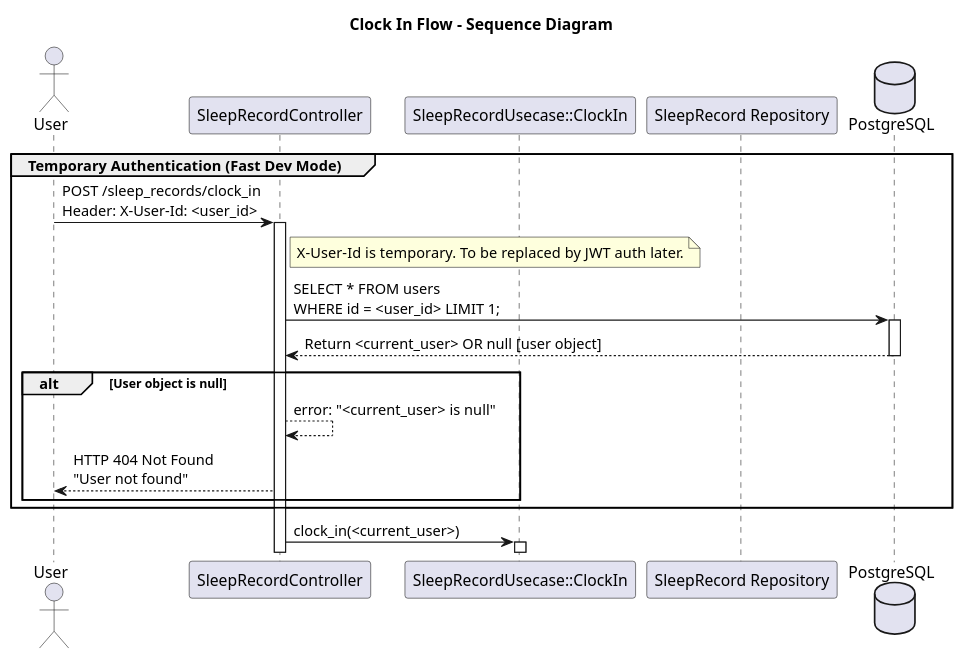
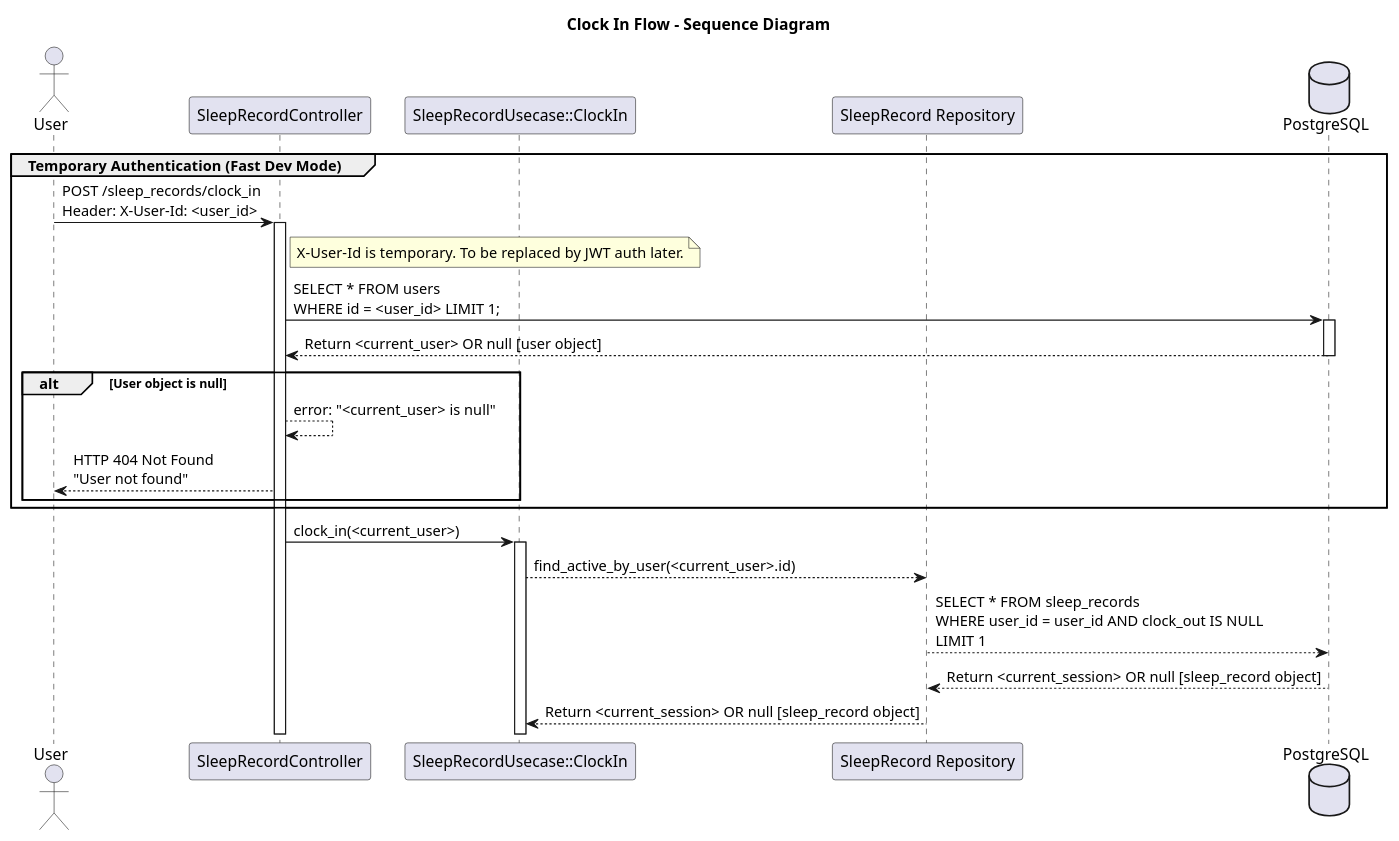
One commit to wisnuaga/good-night changed the diagram in docs/diagram/ClockInFlow.plantuml. Above: the diagram before and after it, drawn with PlantUML.

Commit message:
Get active session

```diff
--- a/docs/diagram/ClockInFlow.plantuml
+++ b/docs/diagram/ClockInFlow.plantuml
@@ -1,34 +1,41 @@
 @startuml ClockInFlow
 title Clock In Flow - Sequence Diagram
 
 ' Define actors and components
 actor User
 participant "SleepRecordController" as Controller
 participant "SleepRecordUsecase::ClockIn" as Usecase
 participant "SleepRecord Repository" as Repository
 database "PostgreSQL" as DB
 
 ' Temporary auth via X-User-Id header (for fast development, to be replaced later)
 group Temporary Authentication (Fast Dev Mode)
     User -> Controller: POST /sleep_records/clock_in\nHeader: X-User-Id: <user_id>
     activate Controller
 
     note right of Controller
       X-User-Id is temporary. To be replaced by JWT auth later.
     end note
 
     Controller -> DB: SELECT * FROM users\nWHERE id = <user_id> LIMIT 1;
     activate DB
     DB --> Controller: Return <current_user> OR null [user object]
     deactivate DB
 
     alt User object is null
         Controller --> Controller: error: "<current_user> is null"
         Controller --> User: HTTP 404 Not Found\n"User not found"
     end
 end group
 
 Controller -> Usecase: clock_in(<current_user>)
 activate Usecase
 
+Usecase --> Repository: find_active_by_user(<current_user>.id)
+Repository --> DB: SELECT * FROM sleep_records \nWHERE user_id = user_id AND clock_out IS NULL \nLIMIT 1
+DB --> Repository: Return <current_session> OR null [sleep_record object]
+deactivate DB
+Repository --> Usecase: Return <current_session> OR null [sleep_record object]
+deactivate Repository
+
 @enduml
```
